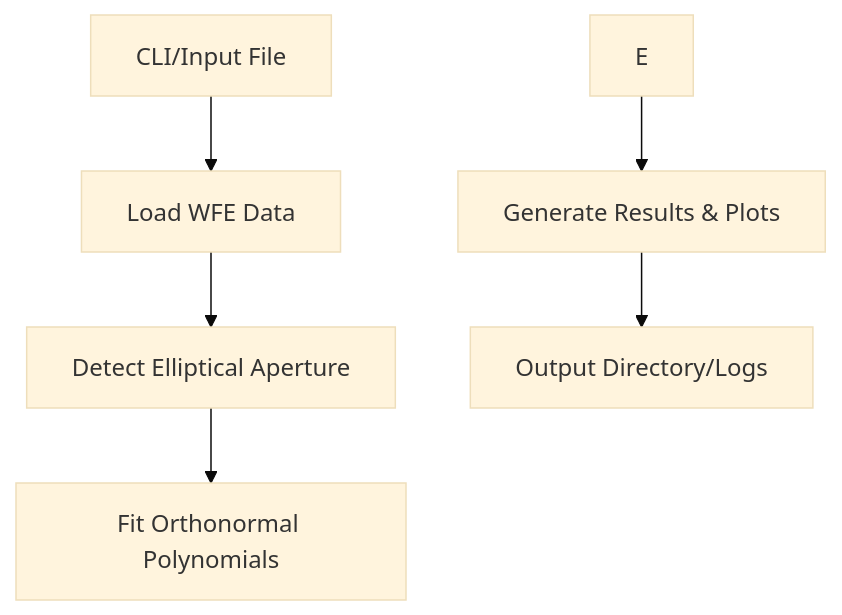
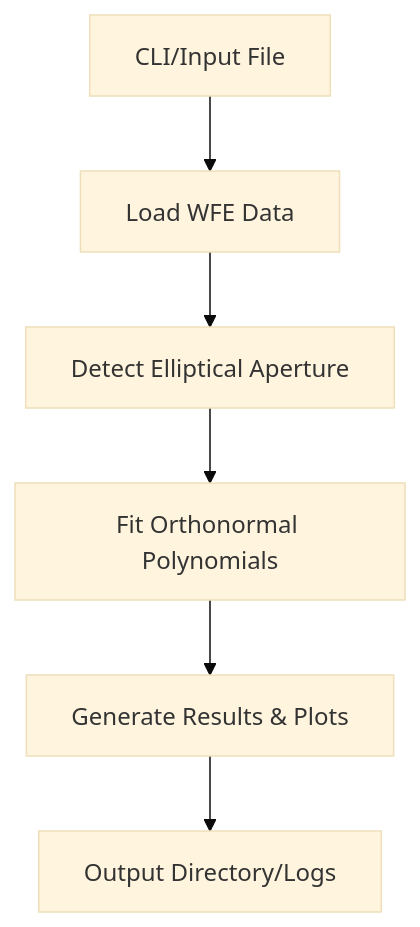
Before and after one commit to arielmission-space/STOP-utils: the diagram in README.md, drawn with Mermaid (base theme).

Commit message:
small fix in mermaid diagram (again)

````diff
--- a/README.md
+++ b/README.md
@@ -292,8 +292,8 @@
    ```mermaid
    graph TD
       A[CLI/Input File] --> B[Load WFE Data]
       B --> C[Detect Elliptical Aperture]
       C --> D[Fit Orthonormal Polynomials]
-      E --> F[Generate Results & Plots]
-      F --> G[Output Directory/Logs]
+      D --> E[Generate Results & Plots]
+      E --> F[Output Directory/Logs]
    ```
````
